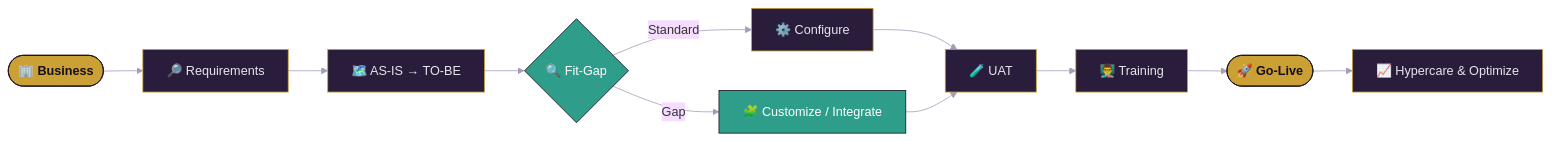
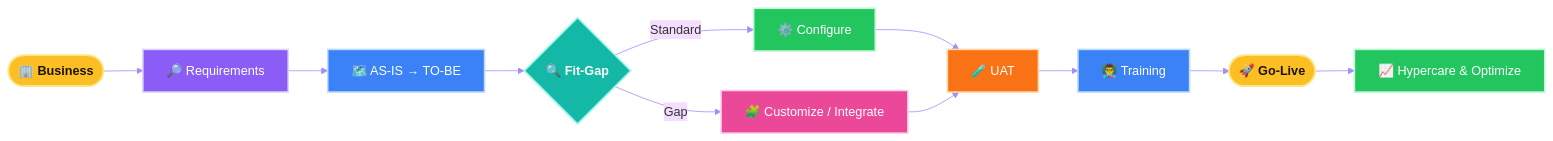
One commit to NoohSD/NoohSD changed the first of 6 diagrams in README.md. Above: the diagram before and after it, drawn with Mermaid. The commit also changed other lines of this file, not shown here.

````diff
--- a/README.md
+++ b/README.md
@@ -61,21 +61,29 @@
 ```mermaid
-%%{init: {'theme':'base','themeVariables':{'fontFamily':'Segoe UI, sans-serif','lineColor':'#A79BB8'}}}%%
+%%{init: {'theme':'base','themeVariables':{'fontFamily':'Segoe UI, sans-serif','lineColor':'#A78BFA'}}}%%
 flowchart LR
     A([🏢 Business]) --> B[🔎 Requirements]
     B --> C[🗺️ AS-IS → TO-BE]
     C --> D{🔍 Fit-Gap}
     D -->|Standard| E[⚙️ Configure]
     D -->|Gap| F[🧩 Customize / Integrate]
     E --> G[🧪 UAT]
     F --> G
     G --> H[👨‍🏫 Training]
     H --> I([🚀 Go-Live])
     I --> J[📈 Hypercare & Optimize]
 
-    classDef dark fill:#291D3B,stroke:#CBA135,color:#E9E4EE
-    classDef gold fill:#CBA135,stroke:#150F1E,color:#150F1E,font-weight:bold
-    classDef teal fill:#2E9E8B,stroke:#150F1E,color:#FFFFFF
+    classDef gold fill:#FBBF24,stroke:#FDE68A,stroke-width:2px,color:#1F1300,font-weight:bold
+    classDef violet fill:#8B5CF6,stroke:#DDD6FE,stroke-width:2px,color:#FFFFFF
+    classDef blue fill:#3B82F6,stroke:#BFDBFE,stroke-width:2px,color:#FFFFFF
+    classDef teal fill:#14B8A6,stroke:#99F6E4,stroke-width:2px,color:#FFFFFF,font-weight:bold
+    classDef green fill:#22C55E,stroke:#BBF7D0,stroke-width:2px,color:#FFFFFF
+    classDef pink fill:#EC4899,stroke:#FBCFE8,stroke-width:2px,color:#FFFFFF
+    classDef orange fill:#F97316,stroke:#FED7AA,stroke-width:2px,color:#FFFFFF
     class A,I gold
-    class D,F teal
-    class B,C,E,G,H,J dark
+    class B violet
+    class C,H blue
+    class D teal
+    class E,J green
+    class F pink
+    class G orange
 ```
````
